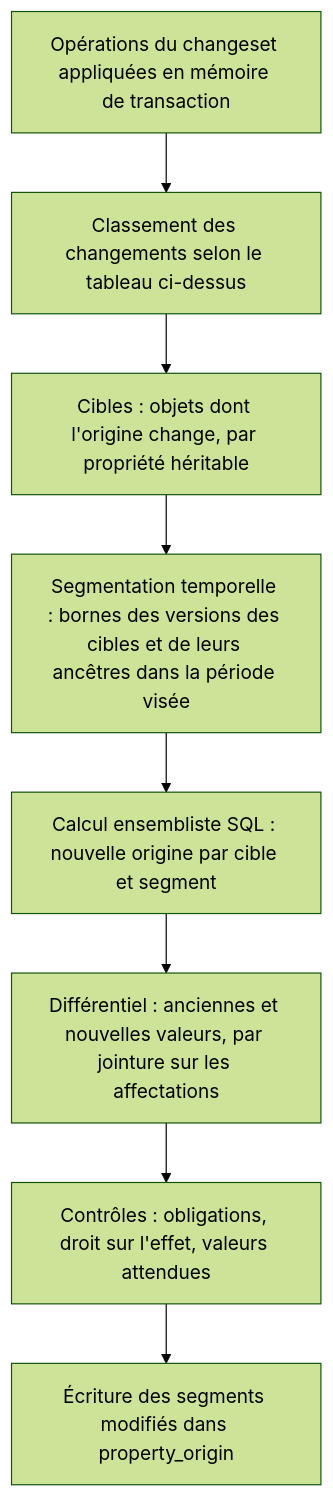
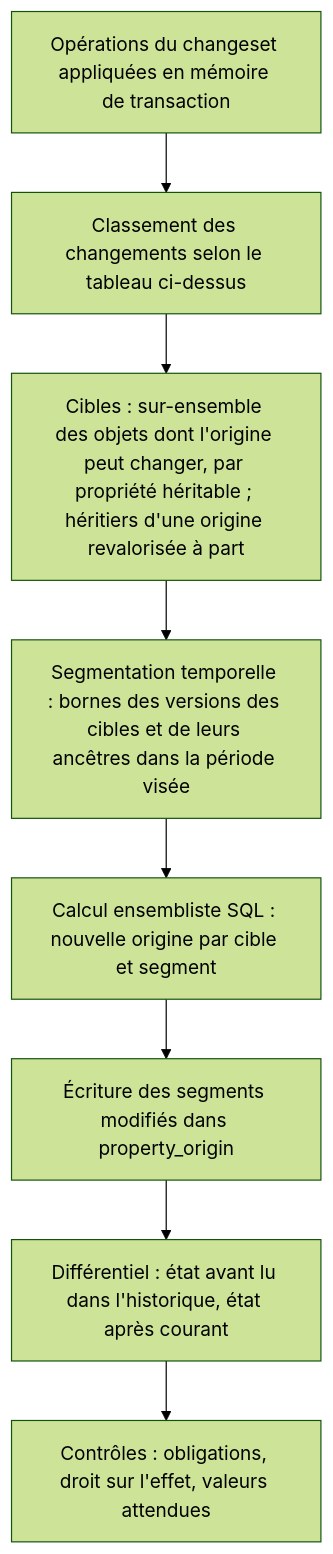
One commit to Cavernum/kartenn changed the diagram in specs/003-proprietes/design.md. Above: the diagram before and after it, drawn with Mermaid (forest theme). The commit also changed other lines of this file and 12 other files, not shown here.

````diff
--- a/specs/003-proprietes/design.md
+++ b/specs/003-proprietes/design.md
@@ -174,10 +176,10 @@
 ```mermaid
 flowchart TD
   A[Opérations du changeset appliquées en mémoire de transaction] --> B[Classement des changements selon le tableau ci-dessus]
-  B --> C[Cibles : objets dont l'origine change, par propriété héritable]
+  B --> C[Cibles : sur-ensemble des objets dont l'origine peut changer, par propriété héritable ; héritiers d'une origine revalorisée à part]
   C --> D[Segmentation temporelle : bornes des versions des cibles et de leurs ancêtres dans la période visée]
   D --> E[Calcul ensembliste SQL : nouvelle origine par cible et segment]
-  E --> F[Différentiel : anciennes et nouvelles valeurs, par jointure sur les affectations]
+  E --> H[Écriture des segments modifiés dans property_origin]
+  H --> F[Différentiel : état avant lu dans l'historique, état après courant]
   F --> G[Contrôles : obligations, droit sur l'effet, valeurs attendues]
-  G --> H[Écriture des segments modifiés dans property_origin]
 ```
````
